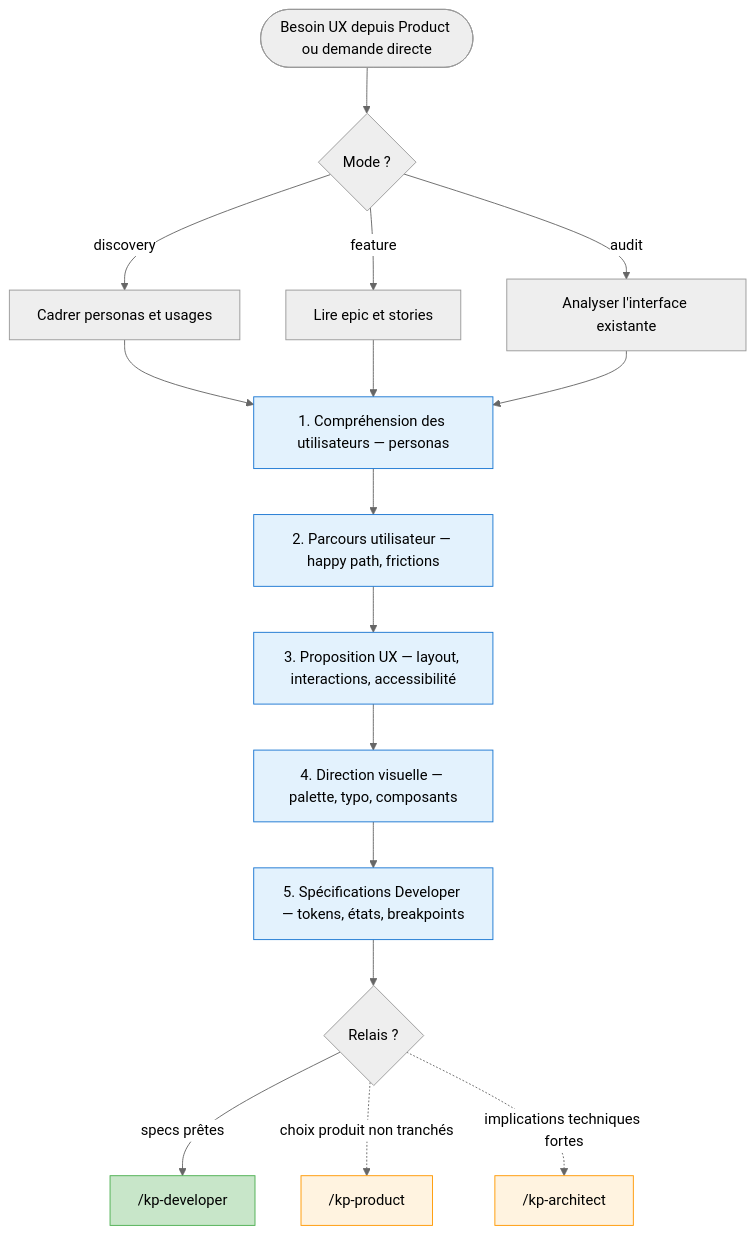
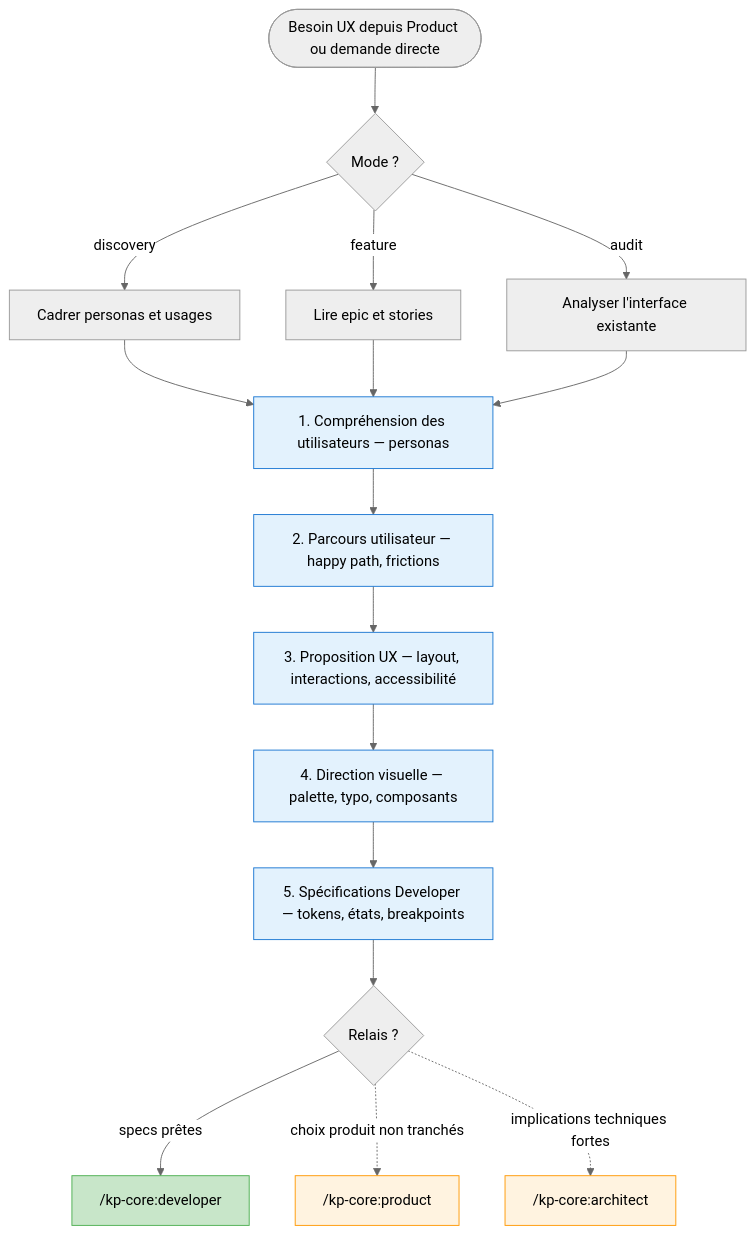
One commit to KeyProd/kp-agents changed the eighth of 8 diagrams in docs/agents.md. Above: the diagram before and after it, drawn with Mermaid (neutral theme). The commit also changed other lines of this file and 3 other files, not shown here.

First line of the commit message:
feat(S-0002): update documentation to reflect plugin marketplace architecture

````diff
--- a/docs/agents.md
+++ b/docs/agents.md
@@ -398,39 +371,39 @@
 ```mermaid
 flowchart TD
     START([Besoin UX depuis Product ou demande directe]) --> MODE{Mode ?}
     MODE -->|discovery| QUESTIONS[Cadrer personas et usages]
     MODE -->|feature| READ_EPIC[Lire epic et stories]
     MODE -->|audit| ANALYSE_UI[Analyser l'interface existante]
     QUESTIONS --> USERS
     READ_EPIC --> USERS
     ANALYSE_UI --> USERS
 
     USERS[1. Compréhension des utilisateurs — personas]
     USERS --> PARCOURS
 
     PARCOURS[2. Parcours utilisateur — happy path, frictions]
     PARCOURS --> UX
 
     UX[3. Proposition UX — layout, interactions, accessibilité]
     UX --> VISUAL
 
     VISUAL[4. Direction visuelle — palette, typo, composants]
     VISUAL --> SPECS
 
     SPECS[5. Spécifications Developer — tokens, états, breakpoints]
     SPECS --> OUT
 
     OUT{Relais ?}
-    OUT -->|specs prêtes| DEV["/kp-developer"]
-    OUT -.->|choix produit non tranchés| PRODUCT["/kp-product"]
-    OUT -.->|implications techniques fortes| ARCHITECT["/kp-architect"]
+    OUT -->|specs prêtes| DEV["/kp-core:developer"]
+    OUT -.->|choix produit non tranchés| PRODUCT["/kp-core:product"]
+    OUT -.->|implications techniques fortes| ARCHITECT["/kp-core:architect"]
 
     style USERS fill:#e3f2fd,stroke:#1976D2
     style PARCOURS fill:#e3f2fd,stroke:#1976D2
     style UX fill:#e3f2fd,stroke:#1976D2
     style VISUAL fill:#e3f2fd,stroke:#1976D2
     style SPECS fill:#e3f2fd,stroke:#1976D2
     style DEV fill:#c8e6c9,stroke:#4CAF50
     style PRODUCT fill:#fff3e0,stroke:#FF9800
     style ARCHITECT fill:#fff3e0,stroke:#FF9800
 ```
````
